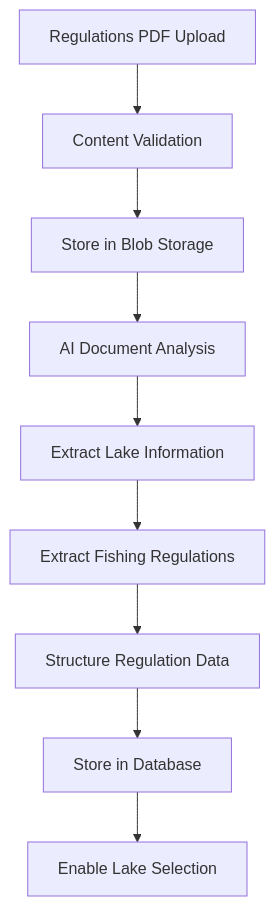
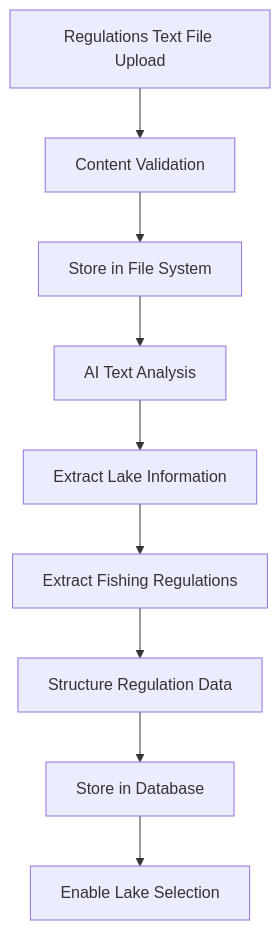
The diagram in docs/BlazorAI-PDF-Form-Spec.md (rockfordlhotka/BlazorFishingRegs), drawn with Mermaid before and after one commit. The commit also changed other lines of this file and 5 other files, not shown here.

````diff
--- a/docs/BlazorAI-PDF-Form-Spec.md
+++ b/docs/BlazorAI-PDF-Form-Spec.md
@@ -101,11 +100,11 @@
 ```mermaid
 graph TD
-    A[Regulations PDF Upload] --> B[Content Validation]
-    B --> C[Store in Blob Storage]
-    C --> D[AI Document Analysis]
+    A[Regulations Text File Upload] --> B[Content Validation]
+    B --> C[Store in File System]
+    C --> D[AI Text Analysis]
     D --> E[Extract Lake Information]
     E --> F[Extract Fishing Regulations]
     F --> G[Structure Regulation Data]
     G --> H[Store in Database]
     H --> I[Enable Lake Selection]
 ```
````
